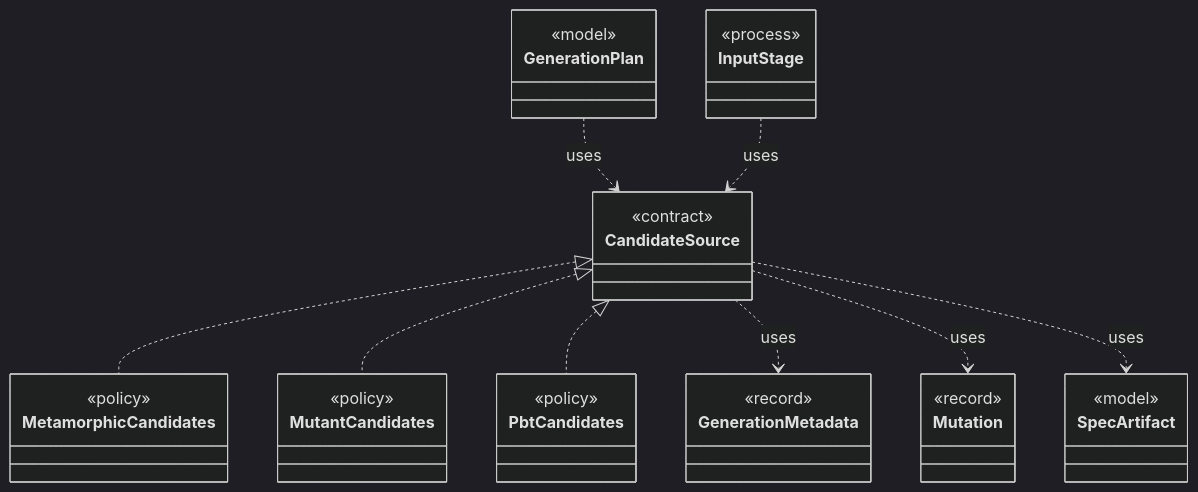
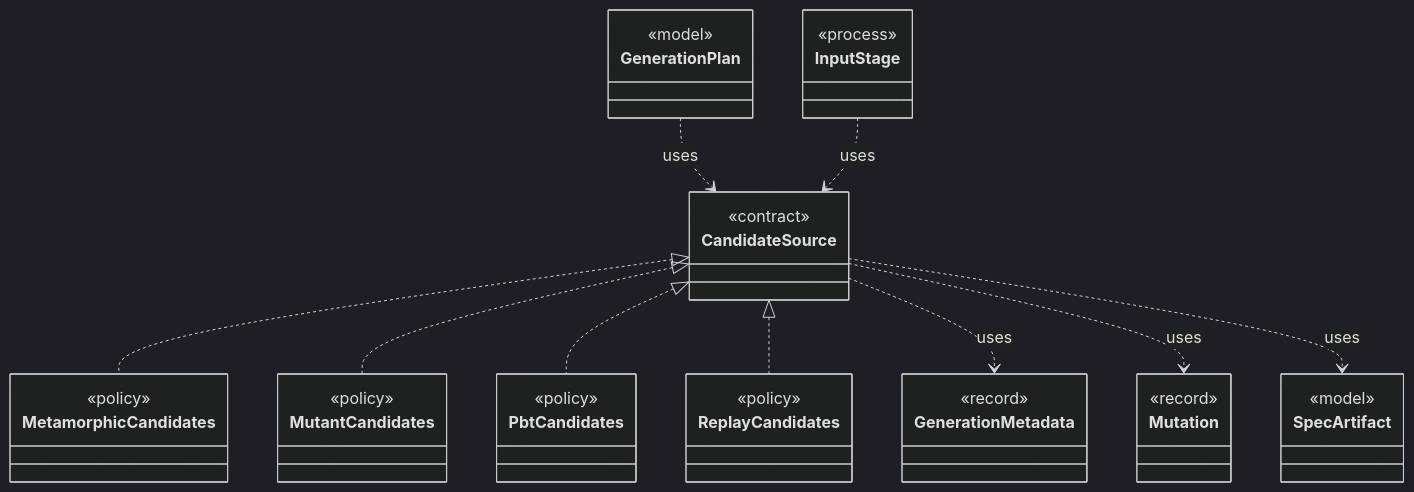
The diagram in dev/types/io.github.tlaplus.hardening.workflow.input.CandidateSource.md (tlaplus/model-checker-hardening), drawn with Mermaid (dark theme) before and after one commit. The commit also changed other lines of this file and 434 other files, not shown here.

````diff
--- a/dev/types/io.github.tlaplus.hardening.workflow.input.CandidateSource.md
+++ b/dev/types/io.github.tlaplus.hardening.workflow.input.CandidateSource.md
@@ -9,38 +9,42 @@
 ```mermaid
 classDiagram
   class CandidateSource {
     <<contract>>
   }
   class MetamorphicCandidates {
     <<policy>>
   }
   class MutantCandidates {
     <<policy>>
   }
   class PbtCandidates {
+    <<policy>>
+  }
+  class ReplayCandidates {
     <<policy>>
   }
   class GenerationMetadata {
     <<record>>
   }
   class Mutation {
     <<record>>
   }
   class SpecArtifact {
     <<model>>
   }
   class GenerationPlan {
     <<model>>
   }
   class InputStage {
     <<process>>
   }
   CandidateSource <|.. MetamorphicCandidates
   CandidateSource <|.. MutantCandidates
   CandidateSource <|.. PbtCandidates
+  CandidateSource <|.. ReplayCandidates
   CandidateSource ..> GenerationMetadata : uses
   CandidateSource ..> Mutation : uses
   CandidateSource ..> SpecArtifact : uses
   GenerationPlan ..> CandidateSource : uses
   InputStage ..> CandidateSource : uses
 ```
````
